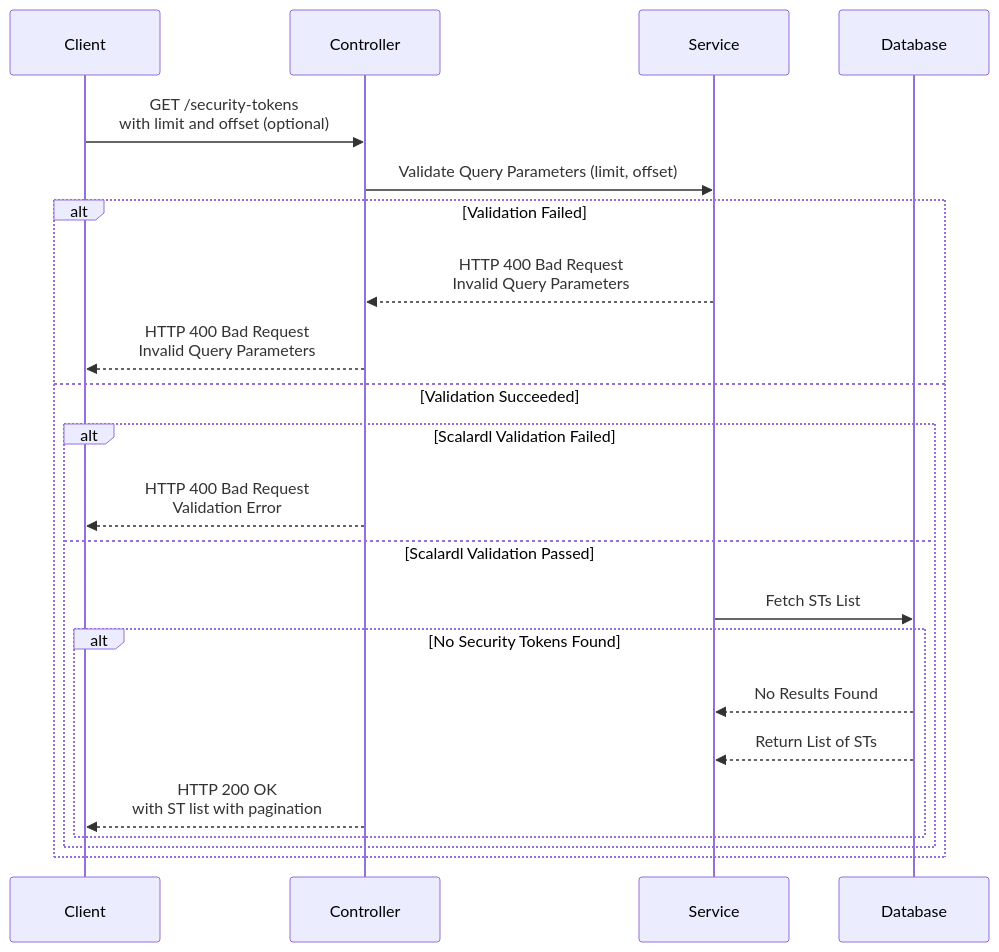
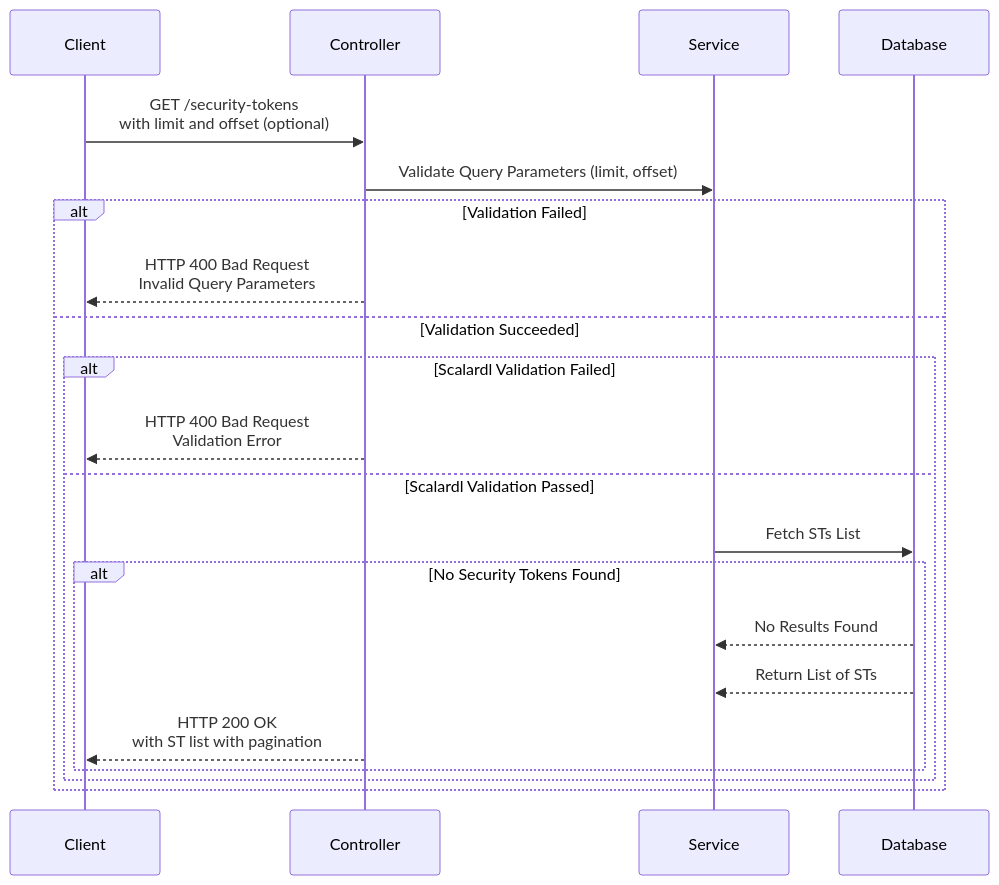
Before and after one commit to MayuriSutar12/protocol_8_api_doc: the diagram in new_list_security_token.md, drawn with Mermaid.

````diff
--- a/new_list_security_token.md
+++ b/new_list_security_token.md
@@ -3,25 +3,24 @@
 ```mermaid
 sequenceDiagram
     participant Client as Client
     participant Controller as Controller
     participant Service as Service
     participant Database as Database
 
     Client ->> Controller: GET /security-tokens<br/>with limit and offset (optional)
     Controller ->> Service: Validate Query Parameters (limit, offset)
     alt Validation Failed
-        Service -->> Controller: HTTP 400 Bad Request<br/>Invalid Query Parameters
         Controller -->> Client: HTTP 400 Bad Request<br/>Invalid Query Parameters
     else Validation Succeeded
         alt Scalardl Validation Failed
             Controller -->> Client: HTTP 400 Bad Request<br/>Validation Error
         else Scalardl Validation Passed
             Service ->> Database: Fetch STs List
             alt No Security Tokens Found
                 Database -->> Service: No Results Found
                 Database -->> Service: Return List of STs
                 Controller -->> Client: HTTP 200 OK<br/>with ST list with pagination
             end
         end
 end
 ```
````
